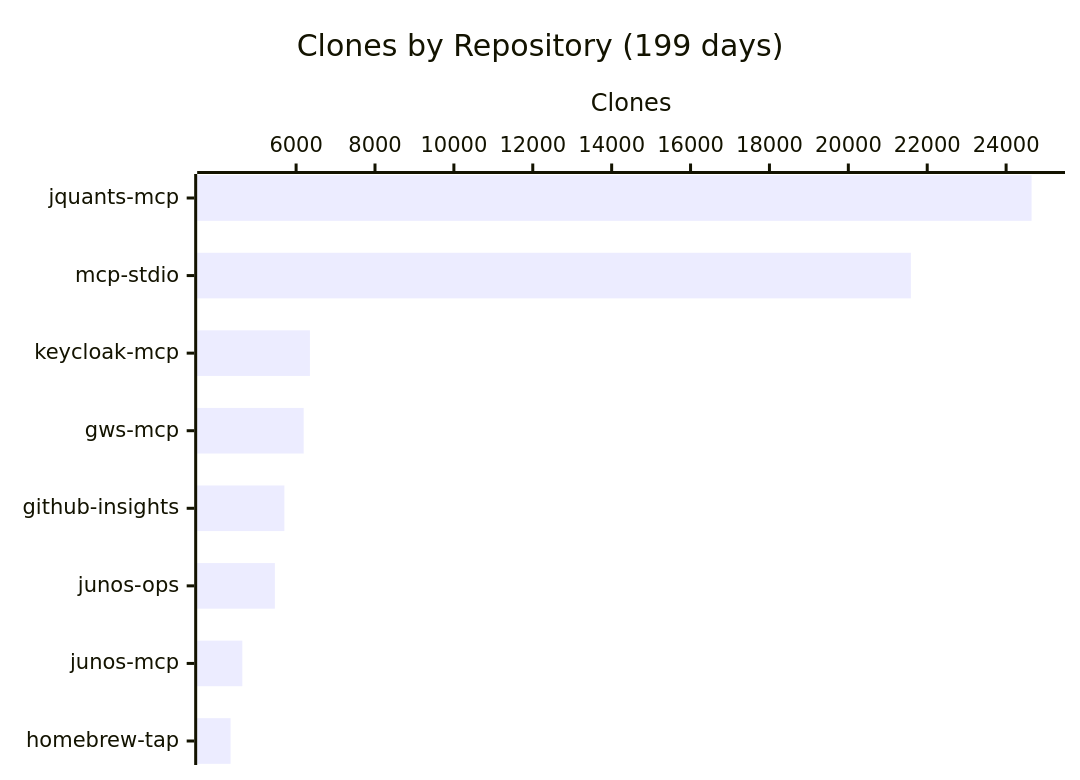
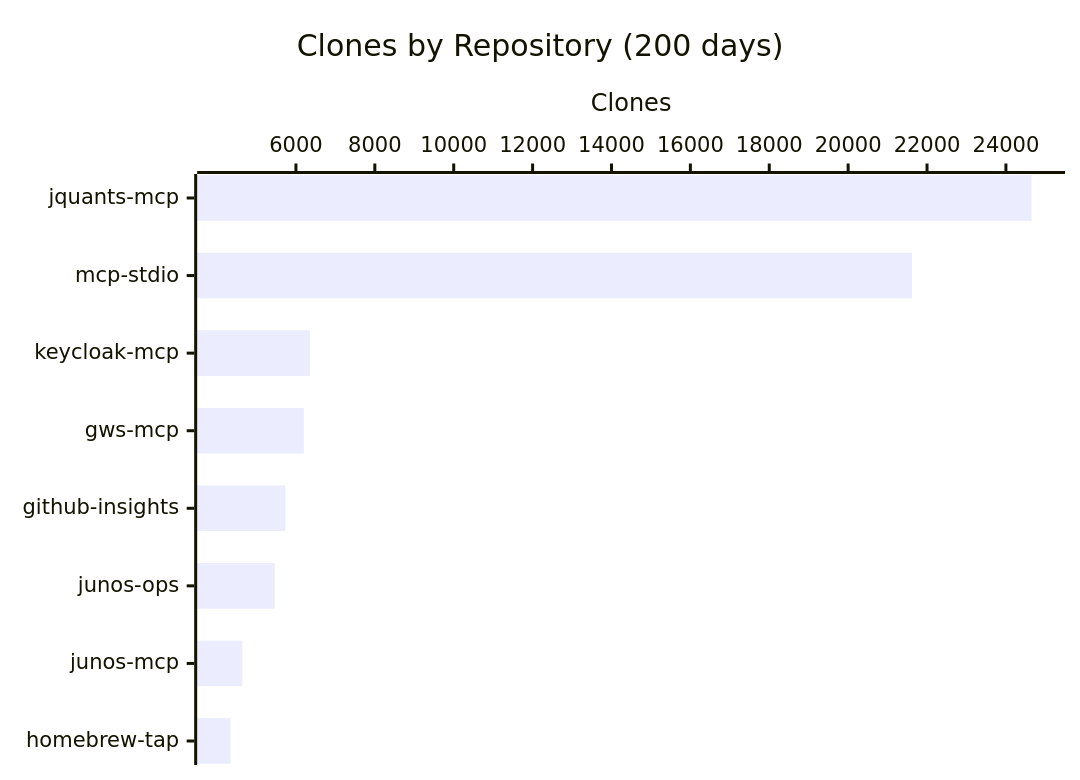
The fourth of 4 diagrams in README.md (shigechika/github-insights), drawn with Mermaid before and after one commit. The commit also changed other lines of this file and 2 other files, not shown here.

````diff
--- a/README.md
+++ b/README.md
@@ -58,7 +58,7 @@
 ```mermaid
 xychart-beta horizontal
-    title "Clones by Repository (199 days)"
+    title "Clones by Repository (200 days)"
     x-axis ["jquants-mcp", "mcp-stdio", "keycloak-mcp", "gws-mcp", "github-insights", "junos-ops", "junos-mcp", "homebrew-tap"]
     y-axis "Clones"
-    bar [24646, 21586, 6350, 6192, 5703, 5461, 4636, 4339]
+    bar [24651, 21619, 6353, 6201, 5733, 5463, 4641, 4343]
 ```
````
